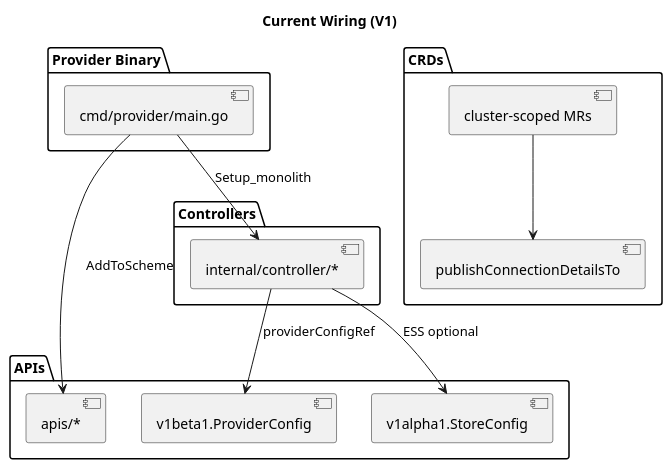
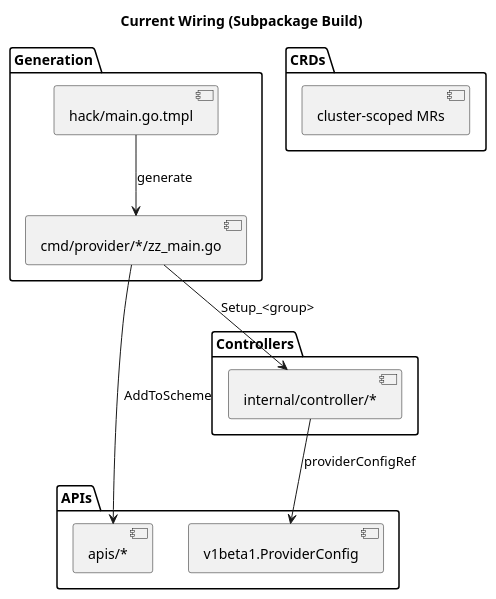
The diagram in docs/migration-v2-plan/diagrams/01-current-wiring.puml (veera-adithya-d/crossplane-provider-oci), drawn with PlantUML before and after one commit. The commit also changed 7 other files, not shown here.

Commit message:
update docs to drop legacy cmd/provider/main monolith build

```diff
--- a/docs/migration-v2-plan/diagrams/01-current-wiring.puml
+++ b/docs/migration-v2-plan/diagrams/01-current-wiring.puml
@@ -1,29 +1,27 @@
 @startuml
-title Current Wiring (V1)
+title Current Wiring (Subpackage Build)
 
-package "Provider Binary" {
-  [cmd/provider/main.go]
+package "Generation" {
+  [hack/main.go.tmpl]
+  [cmd/provider/*/zz_main.go]
 }
 
 package "APIs" {
   [apis/*]
   [v1beta1.ProviderConfig]
-  [v1alpha1.StoreConfig]
 }
 
 package "Controllers" {
   [internal/controller/*]
 }
 
 package "CRDs" {
   [cluster-scoped MRs]
-  [publishConnectionDetailsTo]
 }
 
-[cmd/provider/main.go] --> [apis/*] : AddToScheme
-[cmd/provider/main.go] --> [internal/controller/*] : Setup_monolith
+[hack/main.go.tmpl] --> [cmd/provider/*/zz_main.go] : generate
+[cmd/provider/*/zz_main.go] --> [apis/*] : AddToScheme
+[cmd/provider/*/zz_main.go] --> [internal/controller/*] : Setup_<group>
 [internal/controller/*] --> [v1beta1.ProviderConfig] : providerConfigRef
-[internal/controller/*] --> [v1alpha1.StoreConfig] : ESS optional
-[cluster-scoped MRs] --> [publishConnectionDetailsTo]
 
 @enduml
```
